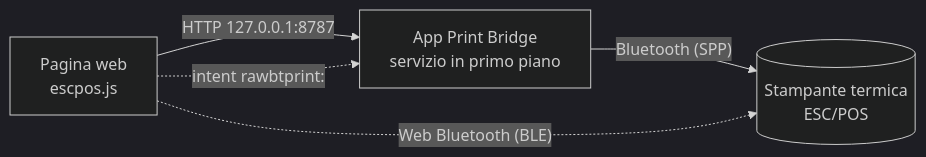
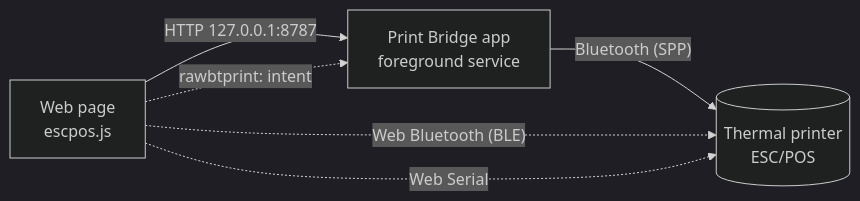
The diagram in README.md (nb-camelot/raw-bt-print-bridge), drawn with Mermaid (dark theme) before and after one commit. The commit also changed other lines of this file and 43 other files, not shown here.

First line of the commit message:
feat: landing page, Web Serial, English and Italian (1.13.0) (#11)

````diff
--- a/README.md
+++ b/README.md
@@ -40,7 +51,8 @@
 ```mermaid
 flowchart LR
-  P["Pagina web<br/>escpos.js"] -- "HTTP 127.0.0.1:8787" --> A["App Print Bridge<br/>servizio in primo piano"]
-  A -- "Bluetooth (SPP)" --> S[("Stampante termica<br/>ESC/POS")]
+  P["Web page<br/>escpos.js"] -- "HTTP 127.0.0.1:8787" --> A["Print Bridge app<br/>foreground service"]
+  A -- "Bluetooth (SPP)" --> S[("Thermal printer<br/>ESC/POS")]
   P -. "Web Bluetooth (BLE)" .-> S
-  P -. "intent rawbtprint:" .-> A
+  P -. "Web Serial" .-> S
+  P -. "rawbtprint: intent" .-> A
 ```
````
